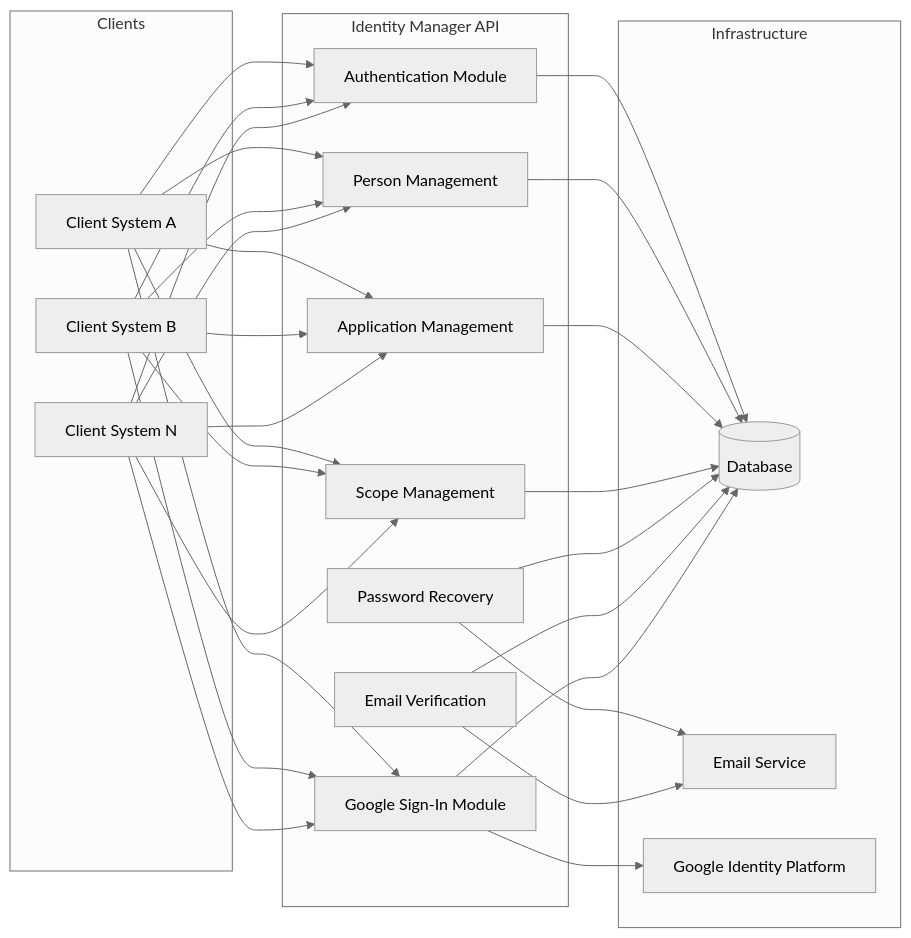
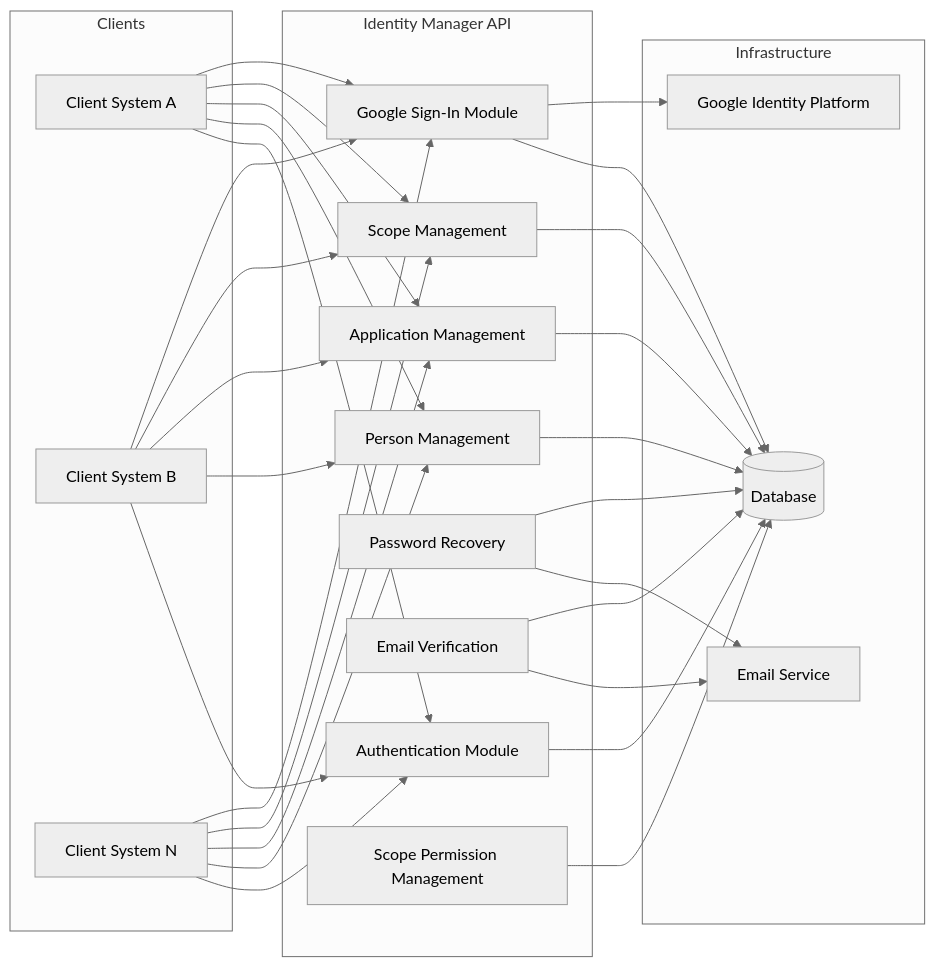
The first of 4 diagrams in docs/requirements/System Requirements Document.md (artur-rios/heimdall-api), drawn with Mermaid (neutral theme) before and after one commit. The commit also changed other lines of this file and 2 other files, not shown here.

First line of the commit message:
docs: document scope permission use cases (UC-31..UC-35)

````diff
--- a/docs/requirements/System Requirements Document.md
+++ b/docs/requirements/System Requirements Document.md
@@ -37,40 +38,42 @@
 ```mermaid
 graph LR
     subgraph Clients
         C1[Client System A]
         C2[Client System B]
         C3[Client System N]
     end
 
     subgraph Identity Manager API
         AUTH[Authentication Module]
         PM[Person Management]
         AM[Application Management]
         SM[Scope Management]
         PR[Password Recovery]
         EV[Email Verification]
         GS[Google Sign-In Module]
+        SPM[Scope Permission Management]
     end
 
     subgraph Infrastructure
         DB[(Database)]
         EMAIL[Email Service]
         GOOGLE[Google Identity Platform]
     end
 
     C1 & C2 & C3 --> AUTH
     C1 & C2 & C3 --> PM
     C1 & C2 & C3 --> AM
     C1 & C2 & C3 --> SM
     C1 & C2 & C3 --> GS
     AUTH --> DB
     PM --> DB
     AM --> DB
     SM --> DB
     PR --> EMAIL
     EV --> EMAIL
     PR --> DB
     EV --> DB
     GS --> DB
     GS --> GOOGLE
+    SPM --> DB
 ```
````
